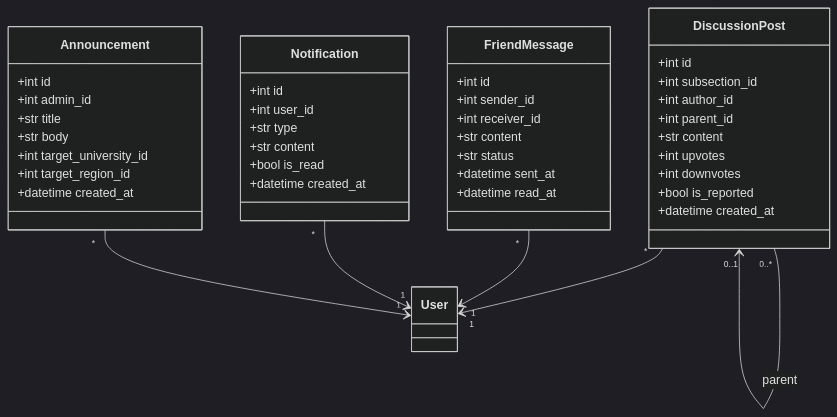
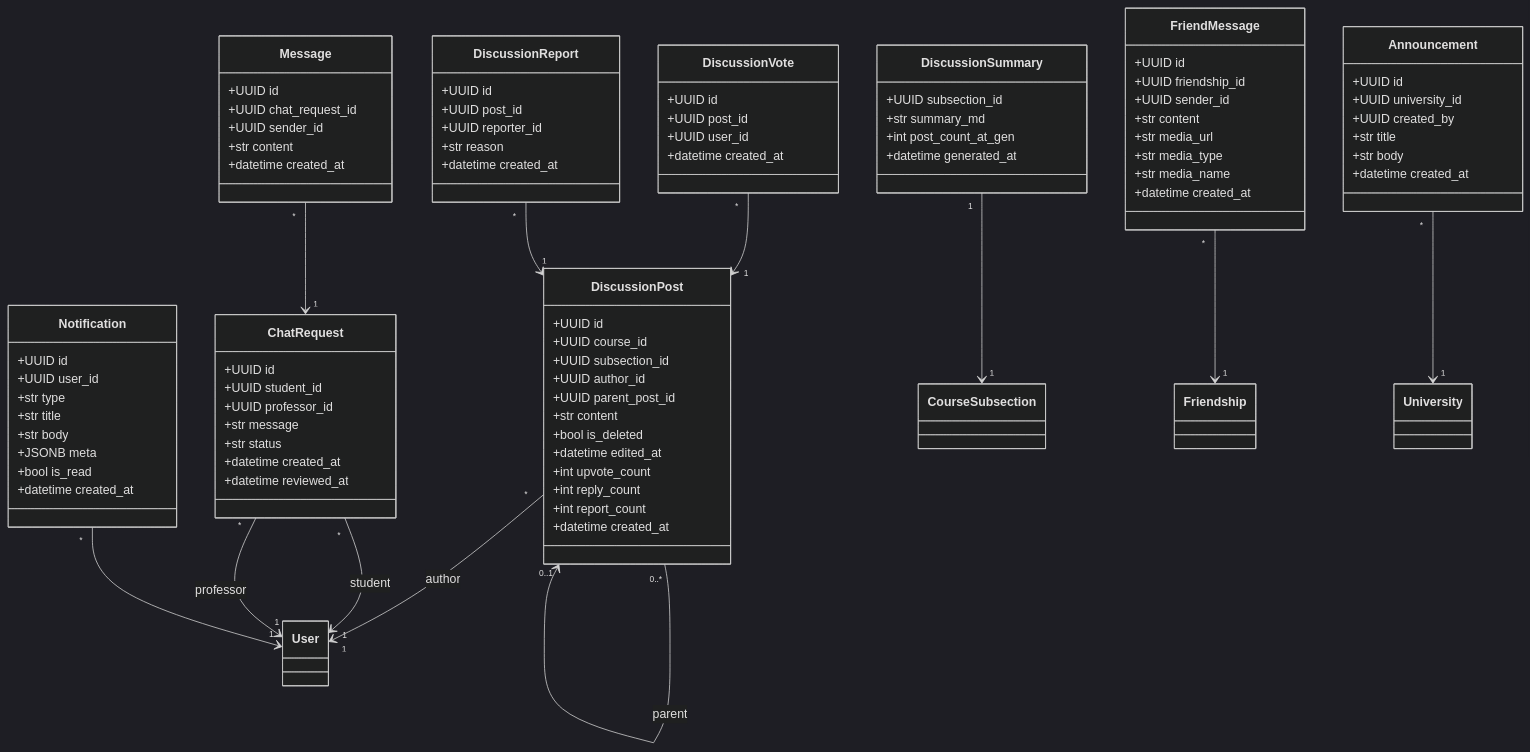
One commit to yazidha09/Hub4Learners changed the second of 5 diagrams in docs/sprints/SPRINT_5.md. Above: the diagram before and after it, drawn with Mermaid (dark theme). The commit also changed other lines of this file and 5 other files, not shown here.

````diff
--- a/docs/sprints/SPRINT_5.md
+++ b/docs/sprints/SPRINT_5.md
@@ -66,49 +88,100 @@
 ```mermaid
 classDiagram
     class DiscussionPost {
-        +int id
-        +int subsection_id
-        +int author_id
-        +int parent_id
+        +UUID id
+        +UUID course_id
+        +UUID subsection_id
+        +UUID author_id
+        +UUID parent_post_id
         +str content
-        +int upvotes
-        +int downvotes
-        +bool is_reported
+        +bool is_deleted
+        +datetime edited_at
+        +int upvote_count
+        +int reply_count
+        +int report_count
+        +datetime created_at
+    }
+
+    class DiscussionVote {
+        +UUID id
+        +UUID post_id
+        +UUID user_id
+        +datetime created_at
+    }
+
+    class DiscussionReport {
+        +UUID id
+        +UUID post_id
+        +UUID reporter_id
+        +str reason
+        +datetime created_at
+    }
+
+    class DiscussionSummary {
+        +UUID subsection_id
+        +str summary_md
+        +int post_count_at_gen
+        +datetime generated_at
+    }
+
+    class ChatRequest {
+        +UUID id
+        +UUID student_id
+        +UUID professor_id
+        +str message
+        +str status
+        +datetime created_at
+        +datetime reviewed_at
+    }
+
+    class Message {
+        +UUID id
+        +UUID chat_request_id
+        +UUID sender_id
+        +str content
         +datetime created_at
     }
 
     class FriendMessage {
-        +int id
-        +int sender_id
-        +int receiver_id
+        +UUID id
+        +UUID friendship_id
+        +UUID sender_id
         +str content
-        +str status
-        +datetime sent_at
-        +datetime read_at
+        +str media_url
+        +str media_type
+        +str media_name
+        +datetime created_at
     }
 
     class Notification {
-        +int id
-        +int user_id
+        +UUID id
+        +UUID user_id
         +str type
-        +str content
+        +str title
+        +str body
+        +JSONB meta
         +bool is_read
         +datetime created_at
     }
 
     class Announcement {
-        +int id
-        +int admin_id
+        +UUID id
+        +UUID university_id
+        +UUID created_by
         +str title
         +str body
-        +int target_university_id
-        +int target_region_id
         +datetime created_at
     }
 
-    DiscussionPost "*" --> "1" User
+    DiscussionPost "*" --> "1" User : author
     DiscussionPost "0..*" --> "0..1" DiscussionPost : parent
-    FriendMessage "*" --> "1" User
+    DiscussionVote "*" --> "1" DiscussionPost
+    DiscussionReport "*" --> "1" DiscussionPost
+    DiscussionSummary "1" --> "1" CourseSubsection
+    ChatRequest "*" --> "1" User : student
+    ChatRequest "*" --> "1" User : professor
+    Message "*" --> "1" ChatRequest
+    FriendMessage "*" --> "1" Friendship
     Notification "*" --> "1" User
-    Announcement "*" --> "1" User
+    Announcement "*" --> "1" University
 ```
````
